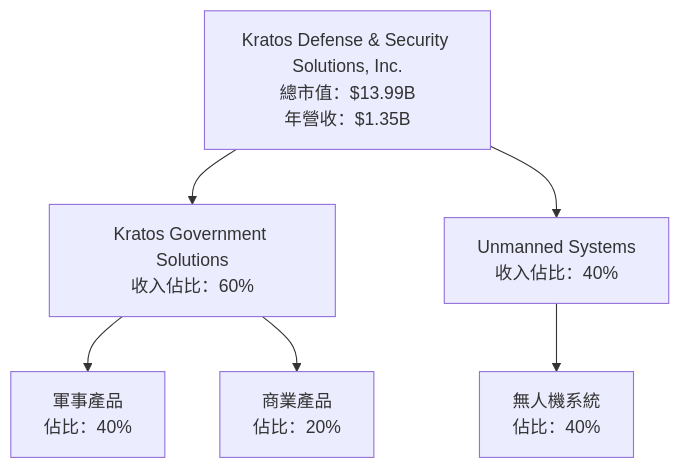
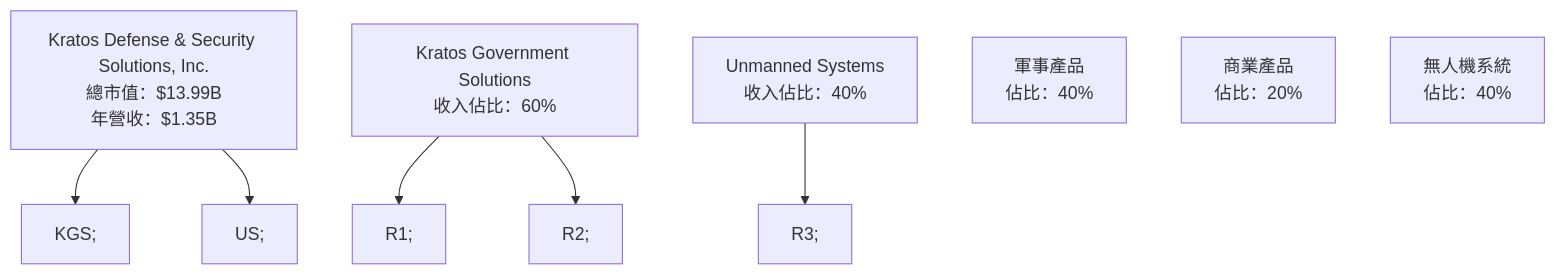
Before and after one commit to yennanliu/finance_data: the second of 14 diagrams in ai_gen_report/stock/ktos/fundamental_analysis_2026-04-15_openai.md, drawn with Mermaid. The commit also changed 2258 other files, not shown here.

First line of the commit message:
chore: backfill Mermaid syntax repair across existing reports

````diff
--- a/ai_gen_report/stock/ktos/fundamental_analysis_2026-04-15_openai.md
+++ b/ai_gen_report/stock/ktos/fundamental_analysis_2026-04-15_openai.md
@@ -116,15 +116,15 @@
 ```mermaid
 graph TD;
     KTOS["Kratos Defense & Security Solutions, Inc.<br>總市值：$13.99B<br>年營收：$1.35B"];
     KGS["Kratos Government Solutions<br>收入佔比：60%"];
     US["Unmanned Systems<br>收入佔比：40%"];
     R1["軍事產品<br>佔比：40%"];
     R2["商業產品<br>佔比：20%"];
     R3["無人機系統<br>佔比：40%"];
 
-    KTOS --> KGS;
-    KTOS --> US;
-    KGS --> R1;
-    KGS --> R2;
-    US --> R3;
+    KTOS --> nb1["KGS;"]
+    KTOS --> nb2["US;"]
+    KGS --> nb3["R1;"]
+    KGS --> nb4["R2;"]
+    US --> nb5["R3;"]
 ```
````
